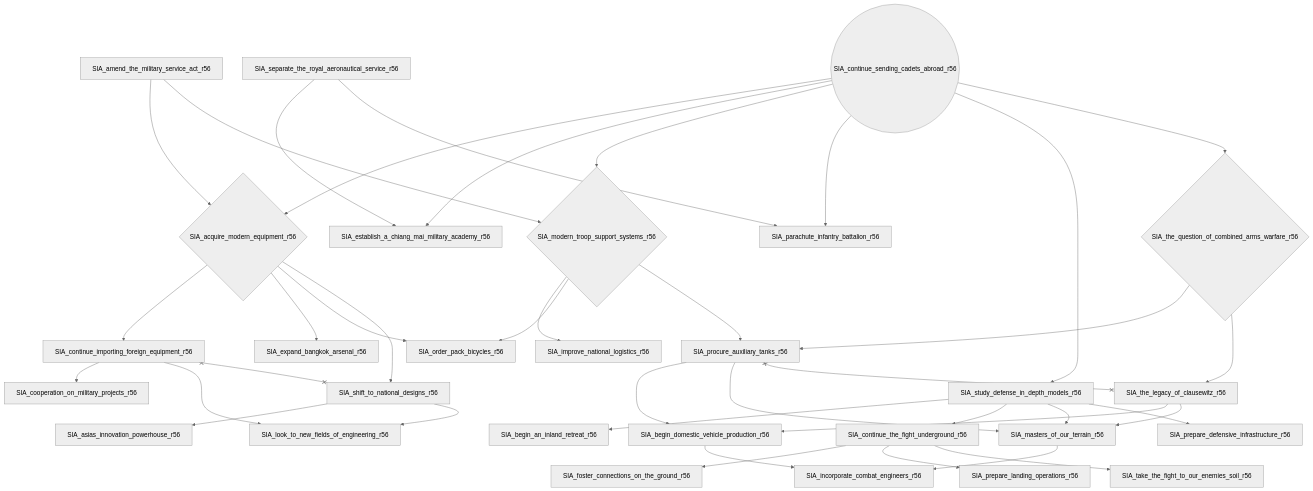
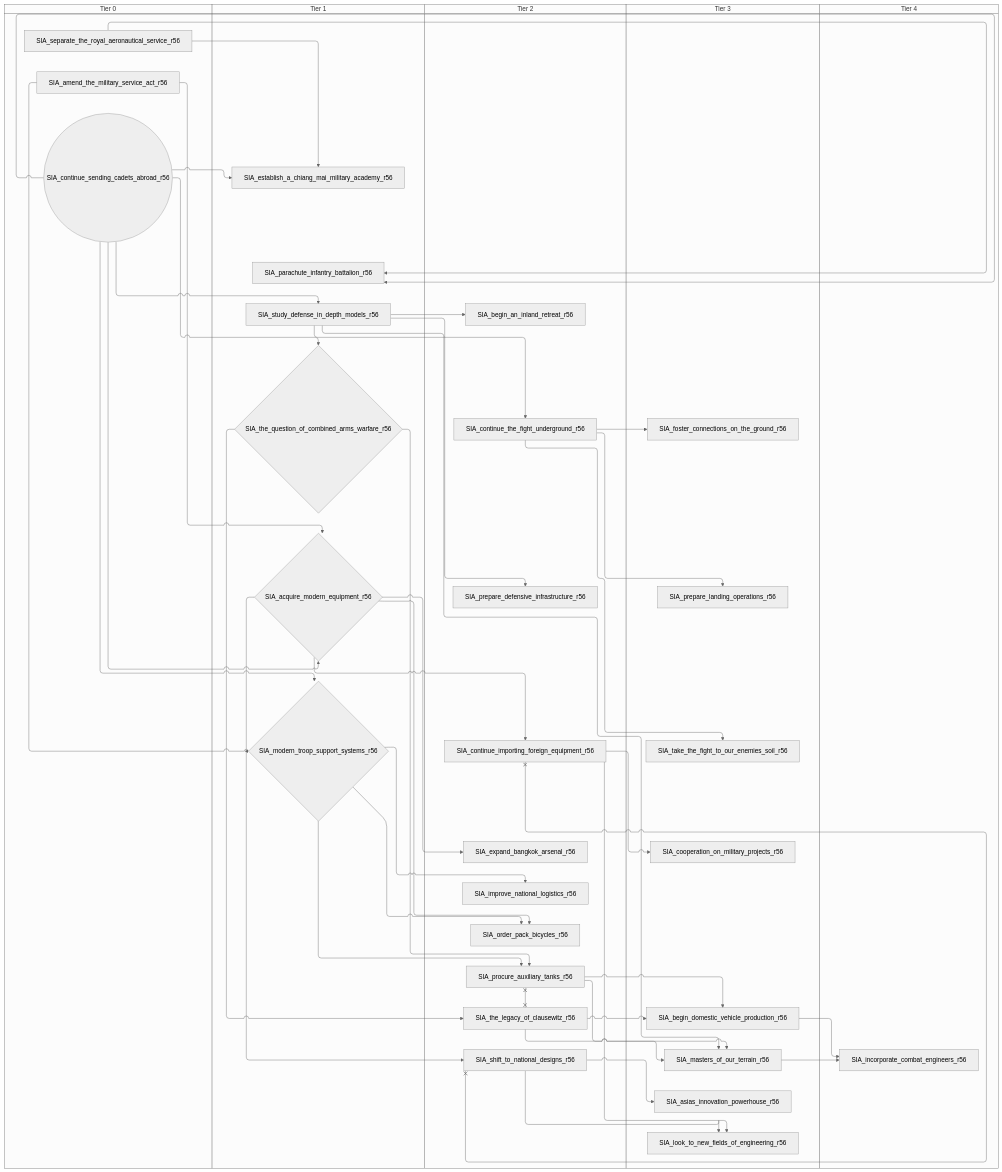
Before and after one commit to evgeny-sobol/hoi4-sandbox-mode-r56: the third of 9 diagrams in docs/gdd/National Focuses/siam_r56.md, drawn with Mermaid (neutral theme). The commit also changed other lines of this file and 423 other files, not shown here.

First line of the commit message:
Re-export Rt56 focus trees as swimlane diagrams

````diff
--- a/docs/gdd/National Focuses/siam_r56.md
+++ b/docs/gdd/National Focuses/siam_r56.md
@@ -269,69 +295,79 @@
 ```mermaid
-flowchart TD
-    n82{"SIA_acquire_modern_equipment_r56"}
-    n83["SIA_amend_the_military_service_act_r56"]
-    n84["SIA_asias_innovation_powerhouse_r56"]
-    n107["SIA_begin_an_inland_retreat_r56"]
-    n85["SIA_begin_domestic_vehicle_production_r56"]
-    n87["SIA_continue_importing_foreign_equipment_r56"]
-    n88(("SIA_continue_sending_cadets_abroad_r56"))
-    n108["SIA_continue_the_fight_underground_r56"]
-    n89["SIA_cooperation_on_military_projects_r56"]
-    n109["SIA_establish_a_chiang_mai_military_academy_r56"]
-    n90["SIA_expand_bangkok_arsenal_r56"]
-    n110["SIA_foster_connections_on_the_ground_r56"]
-    n92["SIA_improve_national_logistics_r56"]
-    n93["SIA_incorporate_combat_engineers_r56"]
-    n94["SIA_look_to_new_fields_of_engineering_r56"]
-    n95["SIA_masters_of_our_terrain_r56"]
-    n96{"SIA_modern_troop_support_systems_r56"}
-    n97["SIA_order_pack_bicycles_r56"]
-    n111["SIA_parachute_infantry_battalion_r56"]
-    n112["SIA_prepare_defensive_infrastructure_r56"]
-    n113["SIA_prepare_landing_operations_r56"]
-    n99["SIA_procure_auxiliary_tanks_r56"]
-    n114["SIA_separate_the_royal_aeronautical_service_r56"]
-    n101["SIA_shift_to_national_designs_r56"]
-    n104["SIA_study_defense_in_depth_models_r56"]
-    n115["SIA_take_the_fight_to_our_enemies_soil_r56"]
-    n105["SIA_the_legacy_of_clausewitz_r56"]
-    n106{"SIA_the_question_of_combined_arms_warfare_r56"}
-    n88 --> n82
-    n83 --> n82
-    n101 --> n84
-    n104 --> n107
-    n105 --> n85
-    n99 --> n85
+swimlane-beta TD
+    subgraph tier_0["Tier 0"]
+        n82["SIA_amend_the_military_service_act_r56"]
+        n83(("SIA_continue_sending_cadets_abroad_r56"))
+        n107["SIA_separate_the_royal_aeronautical_service_r56"]
+    end
+    subgraph tier_1["Tier 1"]
+        n87{"SIA_acquire_modern_equipment_r56"}
+        n108["SIA_establish_a_chiang_mai_military_academy_r56"]
+        n89{"SIA_modern_troop_support_systems_r56"}
+        n109["SIA_parachute_infantry_battalion_r56"]
+        n84["SIA_study_defense_in_depth_models_r56"]
+        n86{"SIA_the_question_of_combined_arms_warfare_r56"}
+    end
+    subgraph tier_2["Tier 2"]
+        n110["SIA_begin_an_inland_retreat_r56"]
+        n91["SIA_continue_importing_foreign_equipment_r56"]
+        n111["SIA_continue_the_fight_underground_r56"]
+        n92["SIA_expand_bangkok_arsenal_r56"]
+        n94["SIA_improve_national_logistics_r56"]
+        n95["SIA_order_pack_bicycles_r56"]
+        n112["SIA_prepare_defensive_infrastructure_r56"]
+        n97["SIA_procure_auxiliary_tanks_r56"]
+        n99["SIA_shift_to_national_designs_r56"]
+        n85["SIA_the_legacy_of_clausewitz_r56"]
+    end
+    subgraph tier_3["Tier 3"]
+        n101["SIA_asias_innovation_powerhouse_r56"]
+        n102["SIA_begin_domestic_vehicle_production_r56"]
+        n103["SIA_cooperation_on_military_projects_r56"]
+        n113["SIA_foster_connections_on_the_ground_r56"]
+        n104["SIA_look_to_new_fields_of_engineering_r56"]
+        n105["SIA_masters_of_our_terrain_r56"]
+        n114["SIA_prepare_landing_operations_r56"]
+        n115["SIA_take_the_fight_to_our_enemies_soil_r56"]
+    end
+    subgraph tier_4["Tier 4"]
+        n106["SIA_incorporate_combat_engineers_r56"]
+    end
+    n83 --> n87
     n82 --> n87
-    n104 --> n108
-    n87 --> n89
-    n114 --> n109
-    n88 --> n109
-    n82 --> n90
-    n108 --> n110
-    n96 --> n92
-    n95 --> n93
-    n85 --> n93
-    n87 --> n94
-    n101 --> n94
-    n104 --> n95
-    n105 --> n95
-    n99 --> n95
-    n88 --> n96
-    n83 --> n96
-    n96 --> n97
-    n82 --> n97
-    n114 --> n111
-    n88 --> n111
-    n104 --> n112
-    n108 --> n113
-    n96 --> n99
-    n106 --> n99
-    n82 --> n101
-    n88 --> n104
-    n108 --> n115
-    n106 --> n105
-    n88 --> n106
-    n87 x--x n101
-    n99 x--x n105
+    n99 --> n101
+    n84 --> n110
+    n85 --> n102
+    n97 --> n102
+    n87 --> n91
+    n84 --> n111
+    n91 --> n103
+    n107 --> n108
+    n83 --> n108
+    n87 --> n92
+    n111 --> n113
+    n89 --> n94
+    n105 --> n106
+    n102 --> n106
+    n91 --> n104
+    n99 --> n104
+    n84 --> n105
+    n85 --> n105
+    n97 --> n105
+    n83 --> n89
+    n82 --> n89
+    n89 --> n95
+    n87 --> n95
+    n107 --> n109
+    n83 --> n109
+    n84 --> n112
+    n111 --> n114
+    n89 --> n97
+    n86 --> n97
+    n87 --> n99
+    n83 --> n84
+    n111 --> n115
+    n86 --> n85
+    n83 --> n86
+    n91 x--x n99
+    n97 x--x n85
 ```
````
